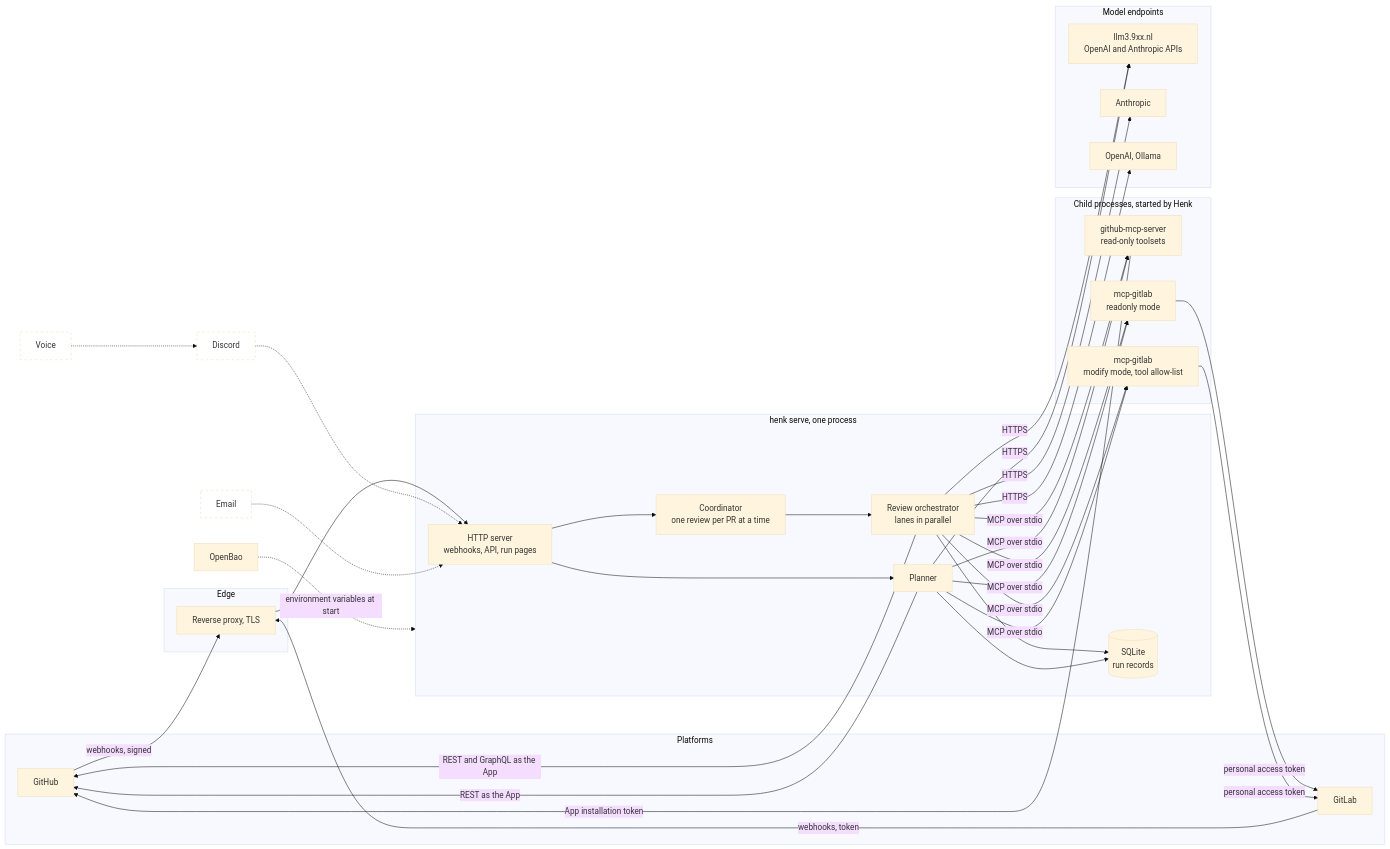
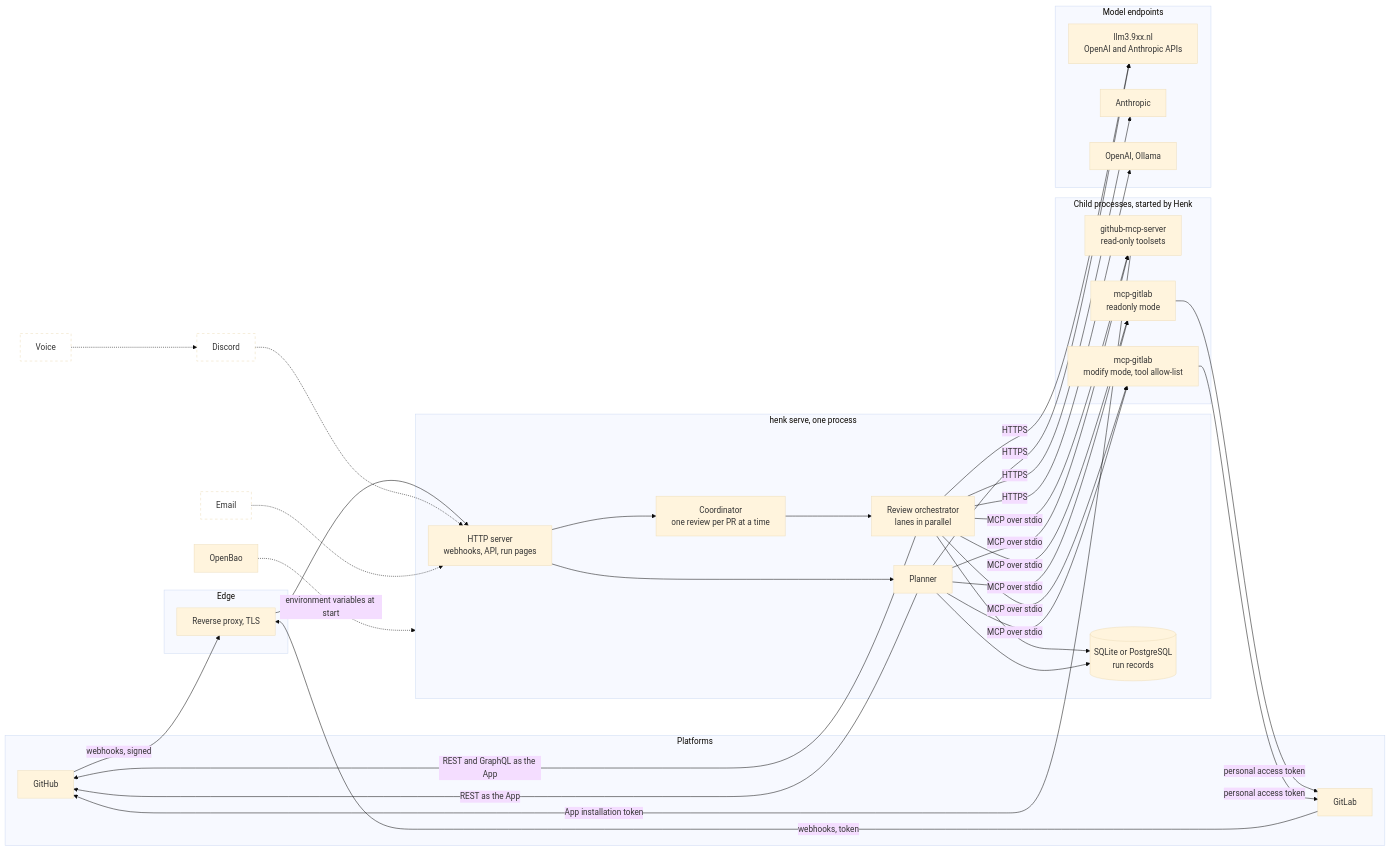
Before and after one commit to StephanMeijer/meneerhenk: the first of 10 diagrams in ARCHITECTURE.md, drawn with Mermaid (base theme). The commit also changed other lines of this file and 32 other files, not shown here.

First line of the commit message:
feat(store): PostgreSQL as a run-store backend

````diff
--- a/ARCHITECTURE.md
+++ b/ARCHITECTURE.md
@@ -20,61 +20,61 @@
 ```mermaid
 flowchart LR
     subgraph platforms["Platforms"]
         GH["GitHub"]
         GL["GitLab"]
     end
     subgraph edge["Edge"]
         RP["Reverse proxy, TLS"]
     end
     subgraph process["henk serve, one process"]
         SRV["HTTP server<br/>webhooks, API, run pages"]
         COORD["Coordinator<br/>one review per PR at a time"]
         REV["Review orchestrator<br/>lanes in parallel"]
         PLAN["Planner"]
-        DB[("SQLite<br/>run records")]
+        DB[("SQLite or PostgreSQL<br/>run records")]
     end
     subgraph children["Child processes, started by Henk"]
         GHR["github-mcp-server<br/>read-only toolsets"]
         GLR["mcp-gitlab<br/>readonly mode"]
         GLW["mcp-gitlab<br/>modify mode, tool allow-list"]
     end
     subgraph models["Model endpoints"]
         PROXY["llm3.9xx.nl<br/>OpenAI and Anthropic APIs"]
         ANTH["Anthropic"]
         OTHER["OpenAI, Ollama"]
     end
     BAO["OpenBao"]
     DISC["Discord"]:::later
     MAIL["Email"]:::later
     VOICE["Voice"]:::later
 
     GH -- "webhooks, signed" --> RP
     GL -- "webhooks, token" --> RP
     RP --> SRV
     SRV --> COORD
     COORD --> REV
     SRV --> PLAN
     REV --> DB
     PLAN --> DB
     REV -- "MCP over stdio" --> GHR
     REV -- "MCP over stdio" --> GLR
     PLAN -- "MCP over stdio" --> GHR
     PLAN -- "MCP over stdio" --> GLR
     REV -- "REST and GraphQL as the App" --> GH
     REV -- "MCP over stdio" --> GLW
     PLAN -- "REST as the App" --> GH
     PLAN -- "MCP over stdio" --> GLW
     GHR -- "App installation token" --> GH
     GLR -- "personal access token" --> GL
     GLW -- "personal access token" --> GL
     REV -- "HTTPS" --> PROXY
     REV -- "HTTPS" --> ANTH
     REV -- "HTTPS" --> OTHER
     PLAN -- "HTTPS" --> PROXY
     BAO -. "environment variables at start" .-> process
     DISC -.-> SRV
     MAIL -.-> SRV
     VOICE -.-> DISC
 
     classDef later stroke-dasharray: 5 5,fill:none
 ```
````
